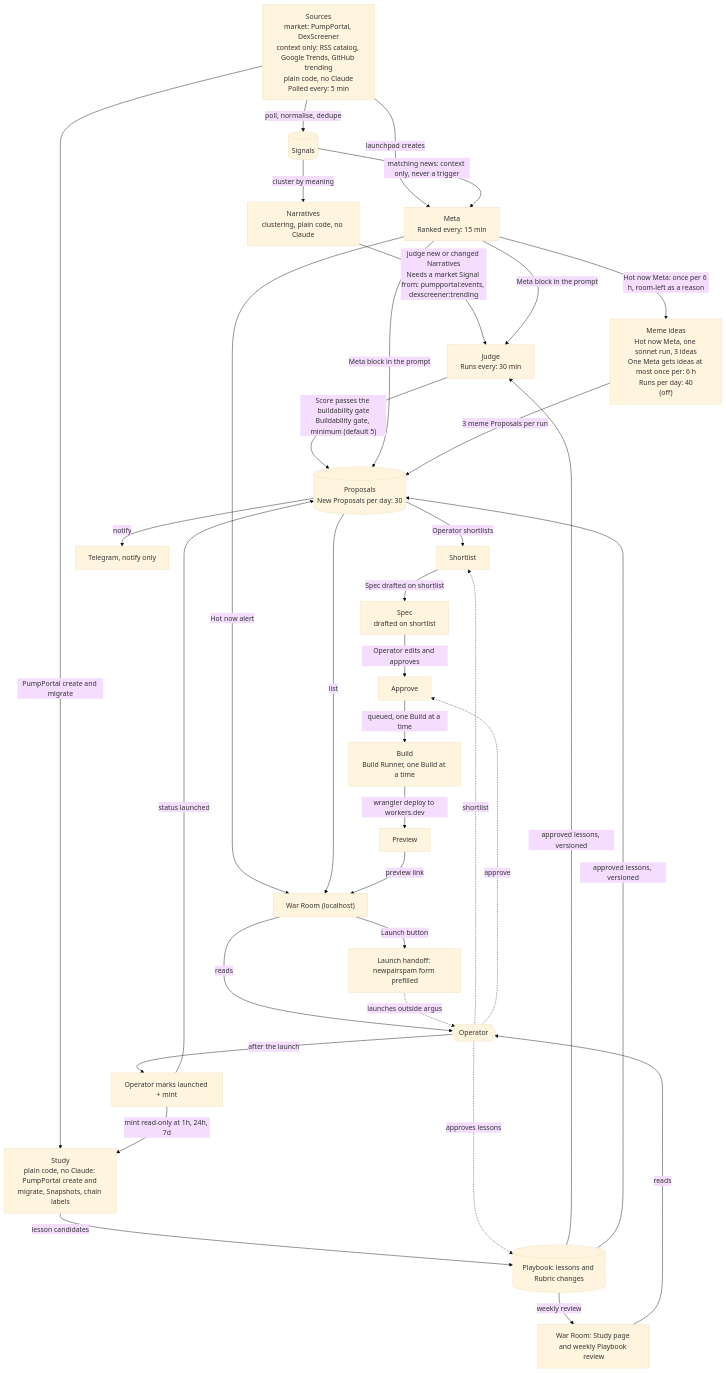
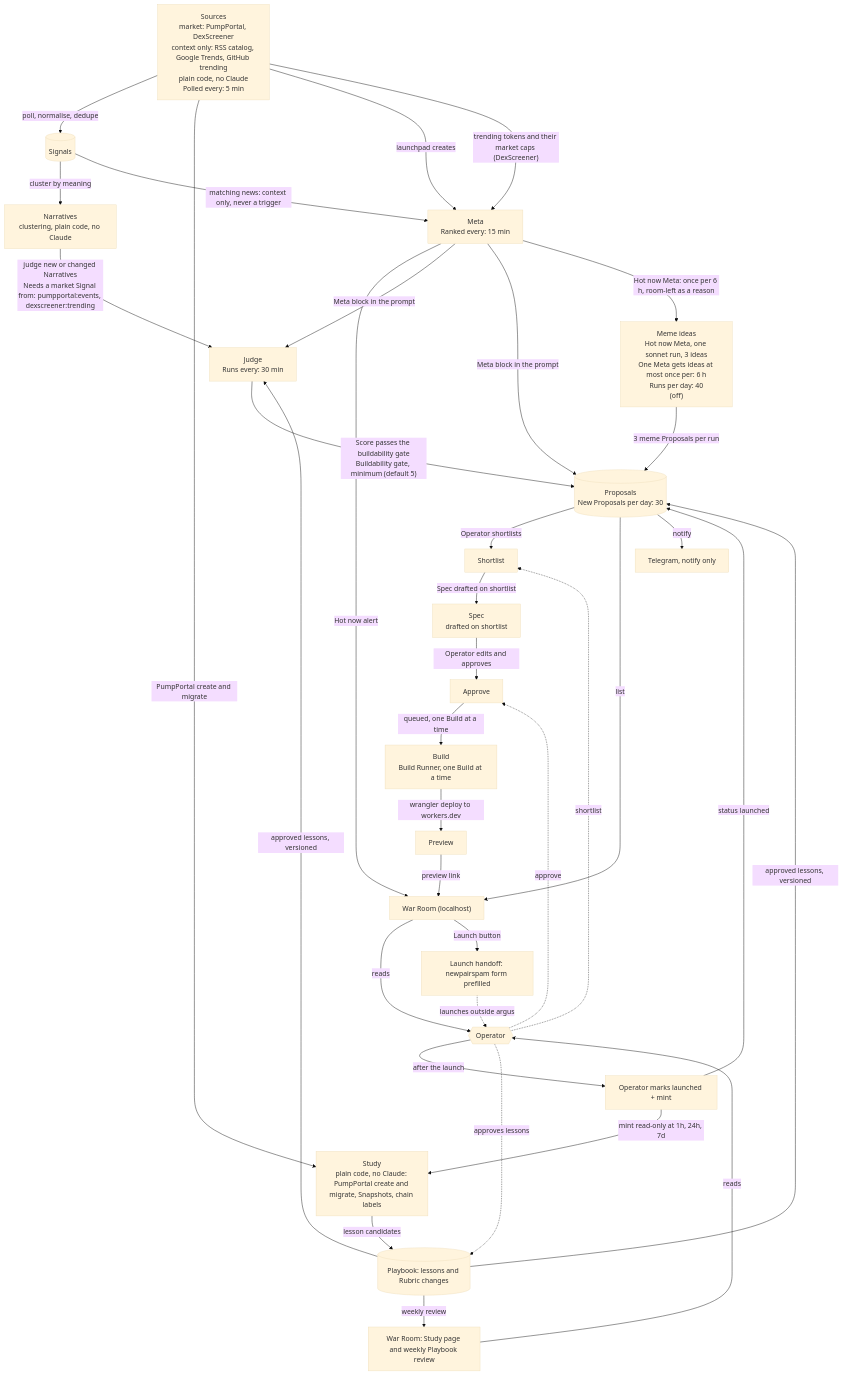
The first of 3 diagrams in docs/architecture.md (LuisPacx/argus), drawn with Mermaid (base theme) before and after one commit. The commit also changed other lines of this file and 23 other files, not shown here.

First line of the commit message:
Meta redesign ticket 01: a Meta is led by a token's market cap

````diff
--- a/docs/architecture.md
+++ b/docs/architecture.md
@@ -16,58 +16,59 @@
 ```mermaid
 flowchart TD
   SOURCES["Sources<br/>market: PumpPortal, DexScreener<br/>context only: RSS catalog, Google Trends, GitHub trending<br/>plain code, no Claude<br/>Polled every: 5 min"]
   SIGNALS[("Signals")]
   NARRATIVES["Narratives<br/>clustering, plain code, no Claude"]
   JUDGE["Judge<br/>Runs every: 30 min"]
   PROPOSALS[("Proposals<br/>New Proposals per day: 30")]
   SHORTLIST["Shortlist"]
   SPEC["Spec<br/>drafted on shortlist"]
   APPROVE["Approve"]
   BUILD["Build<br/>Build Runner, one Build at a time"]
   PREVIEW["Preview"]
   STUDY["Study<br/>plain code, no Claude: PumpPortal create and migrate, Snapshots, chain labels"]
   META["Meta<br/>Ranked every: 15 min"]
   MEME["Meme ideas<br/>Hot now Meta, one sonnet run, 3 ideas<br/>One Meta gets ideas at most once per: 6 h<br/>Runs per day: 40<br/>(off)"]
   OPERATOR{{"Operator"}}
   WARROOM["War Room (localhost)"]
   TELEGRAM["Telegram, notify only"]
   HANDOFF["Launch handoff: newpairspam form prefilled"]
   MARKED["Operator marks launched + mint"]
   PLAYBOOK[("Playbook: lessons and Rubric changes")]
   REVIEW["War Room: Study page and weekly Playbook review"]
 
   SOURCES -->|"poll, normalise, dedupe"| SIGNALS
   SIGNALS -->|"cluster by meaning"| NARRATIVES
   NARRATIVES -->|"judge new or changed Narratives<br/>Needs a market Signal from: pumpportal:events, dexscreener:trending"| JUDGE
   JUDGE -->|"Score passes the buildability gate<br/>Buildability gate, minimum (default 5)"| PROPOSALS
   PROPOSALS -->|"Operator shortlists"| SHORTLIST
   SHORTLIST -->|"Spec drafted on shortlist"| SPEC
   SPEC -->|"Operator edits and approves"| APPROVE
   APPROVE -->|"queued, one Build at a time"| BUILD
   BUILD -->|"wrangler deploy to workers.dev"| PREVIEW
   SOURCES -->|"PumpPortal create and migrate"| STUDY
   SOURCES -->|"launchpad creates"| META
+  SOURCES -->|"trending tokens and their market caps (DexScreener)"| META
   SIGNALS -->|"matching news: context only, never a trigger"| META
   META -->|"Hot now alert"| WARROOM
   META -->|"Meta block in the prompt"| JUDGE
   META -->|"Meta block in the prompt"| PROPOSALS
   META -->|"Hot now Meta: once per 6 h, room-left as a reason"| MEME
   MEME -->|"3 meme Proposals per run"| PROPOSALS
   PROPOSALS -->|"list"| WARROOM
   PROPOSALS -->|"notify"| TELEGRAM
   WARROOM -->|"reads"| OPERATOR
   OPERATOR -.->|"shortlist"| SHORTLIST
   OPERATOR -.->|"approve"| APPROVE
   PREVIEW -->|"preview link"| WARROOM
   WARROOM -->|"Launch button"| HANDOFF
   HANDOFF -.->|"launches outside argus"| OPERATOR
   OPERATOR -->|"after the launch"| MARKED
   MARKED -->|"status launched"| PROPOSALS
   MARKED -->|"mint read-only at 1h, 24h, 7d"| STUDY
   STUDY -->|"lesson candidates"| PLAYBOOK
   PLAYBOOK -->|"weekly review"| REVIEW
   REVIEW -->|"reads"| OPERATOR
   OPERATOR -.->|"approves lessons"| PLAYBOOK
   PLAYBOOK -->|"approved lessons, versioned"| JUDGE
   PLAYBOOK -->|"approved lessons, versioned"| PROPOSALS
 ```
````
